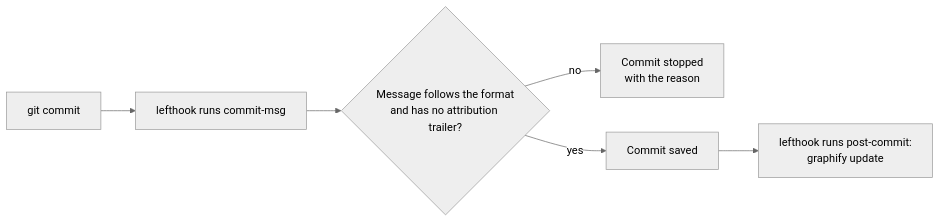
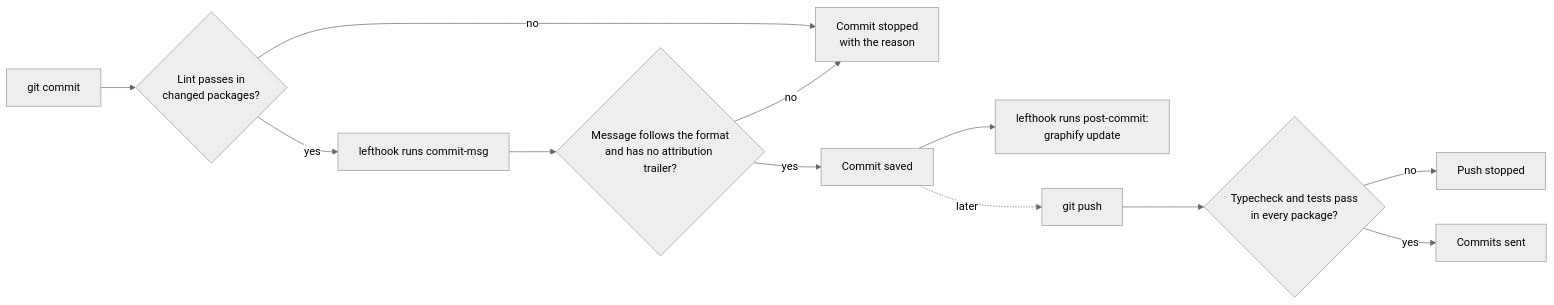
Before and after one commit to RedLucky/agent-initiator: the diagram in docs/wiki/en/features/quality-gates.md, drawn with Mermaid (neutral theme). The commit also changed other lines of this file and 23 other files, not shown here.

First line of the commit message:
feat(TASK-7102): lint before commit, typecheck and tests before push

````diff
--- a/docs/wiki/en/features/quality-gates.md
+++ b/docs/wiki/en/features/quality-gates.md
@@ -13,8 +17,14 @@
 ```mermaid
 flowchart LR
-    A[git commit] --> B[lefthook runs commit-msg]
+    A[git commit] --> L{Lint passes in<br/>changed packages?}
+    L -- no --> D
+    L -- yes --> B[lefthook runs commit-msg]
     B --> C{Message follows the format<br/>and has no attribution trailer?}
     C -- no --> D[Commit stopped<br/>with the reason]
     C -- yes --> E[Commit saved]
     E --> F[lefthook runs post-commit:<br/>graphify update]
+    E -. later .-> P[git push]
+    P --> T{Typecheck and tests pass<br/>in every package?}
+    T -- no --> X[Push stopped]
+    T -- yes --> Y[Commits sent]
 ```
````
